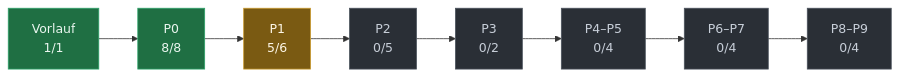
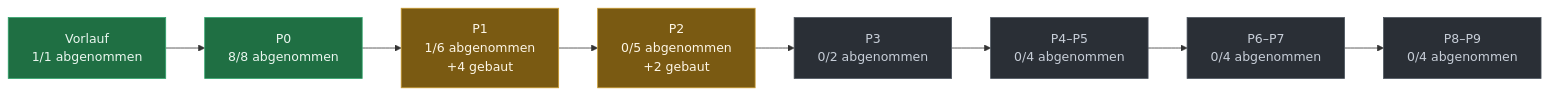
Before and after one commit to evenacadia-tech/Nakama: the diagram in docs/PLAN-STAND.md, drawn with Mermaid. The commit also changed other lines of this file and 1 other file, not shown here.

First line of the commit message:
Planstand: "gebaut" ist nicht "abgenommen" - das Blatt hat Fortschritt behauptet

````diff
--- a/docs/PLAN-STAND.md
+++ b/docs/PLAN-STAND.md
@@ -28,21 +30,21 @@
 ```mermaid
 flowchart LR
-  P0["Vorlauf<br/>1/1"]:::fertig
-  P1["P0<br/>8/8"]:::fertig
+  P0["Vorlauf<br/>1/1 abgenommen"]:::fertig
+  P1["P0<br/>8/8 abgenommen"]:::fertig
   P0 --> P1
-  P2["P1<br/>5/6"]:::laeuft
+  P2["P1<br/>1/6 abgenommen<br/>+4 gebaut"]:::laeuft
   P1 --> P2
-  P3["P2<br/>0/5"]:::offen
+  P3["P2<br/>0/5 abgenommen<br/>+2 gebaut"]:::laeuft
   P2 --> P3
-  P4["P3<br/>0/2"]:::offen
+  P4["P3<br/>0/2 abgenommen"]:::offen
   P3 --> P4
-  P5["P4–P5<br/>0/4"]:::offen
+  P5["P4–P5<br/>0/4 abgenommen"]:::offen
   P4 --> P5
-  P6["P6–P7<br/>0/4"]:::offen
+  P6["P6–P7<br/>0/4 abgenommen"]:::offen
   P5 --> P6
-  P7["P8–P9<br/>0/4"]:::offen
+  P7["P8–P9<br/>0/4 abgenommen"]:::offen
   P6 --> P7
   classDef fertig fill:#1f6f43,stroke:#2ea36a,color:#eaf6ef
   classDef laeuft fill:#7a5a12,stroke:#c99a2e,color:#fdf6e6
   classDef offen  fill:#2a2f36,stroke:#4a525c,color:#c7ced8
 ```
````
